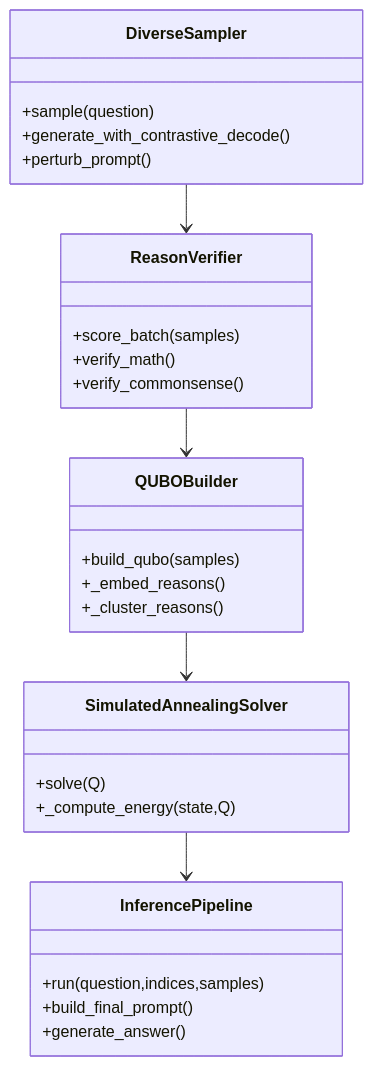
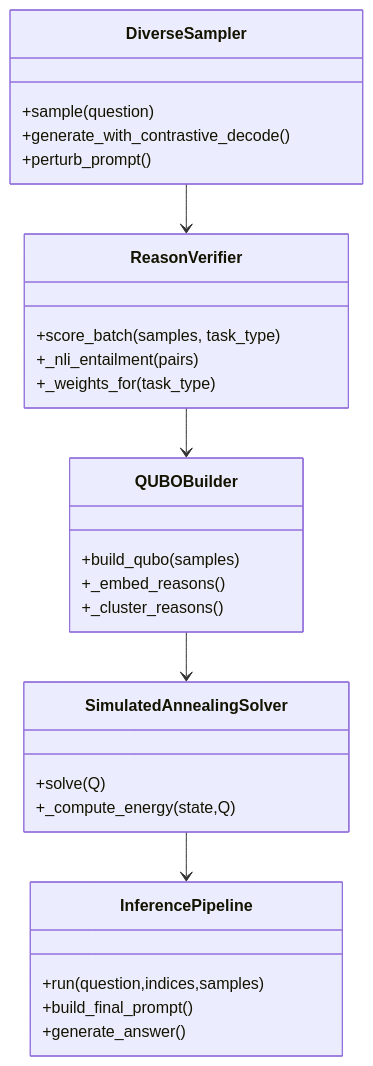
One commit to tanaymitra54/samsung_backup changed the sixth of 16 diagrams in README.md. Above: the diagram before and after it, drawn with Mermaid. The commit also changed other lines of this file, not shown here.

Commit message:
docs: fix README class diagram (real ReasonVerifier API) and verifier math-mode description

````diff
--- a/README.md
+++ b/README.md
@@ -198,32 +198,32 @@
 ```mermaid
 classDiagram
     class DiverseSampler {
       +sample(question)
       +generate_with_contrastive_decode()
       +perturb_prompt()
     }
     class ReasonVerifier {
-      +score_batch(samples)
-      +verify_math()
-      +verify_commonsense()
+      +score_batch(samples, task_type)
+      +_nli_entailment(pairs)
+      +_weights_for(task_type)
     }
     class QUBOBuilder {
       +build_qubo(samples)
       +_embed_reasons()
       +_cluster_reasons()
     }
     class SimulatedAnnealingSolver {
       +solve(Q)
       +_compute_energy(state,Q)
     }
     class InferencePipeline {
       +run(question,indices,samples)
       +build_final_prompt()
       +generate_answer()
     }
 
     DiverseSampler --> ReasonVerifier
     ReasonVerifier --> QUBOBuilder
     QUBOBuilder --> SimulatedAnnealingSolver
     SimulatedAnnealingSolver --> InferencePipeline
 ```
````
